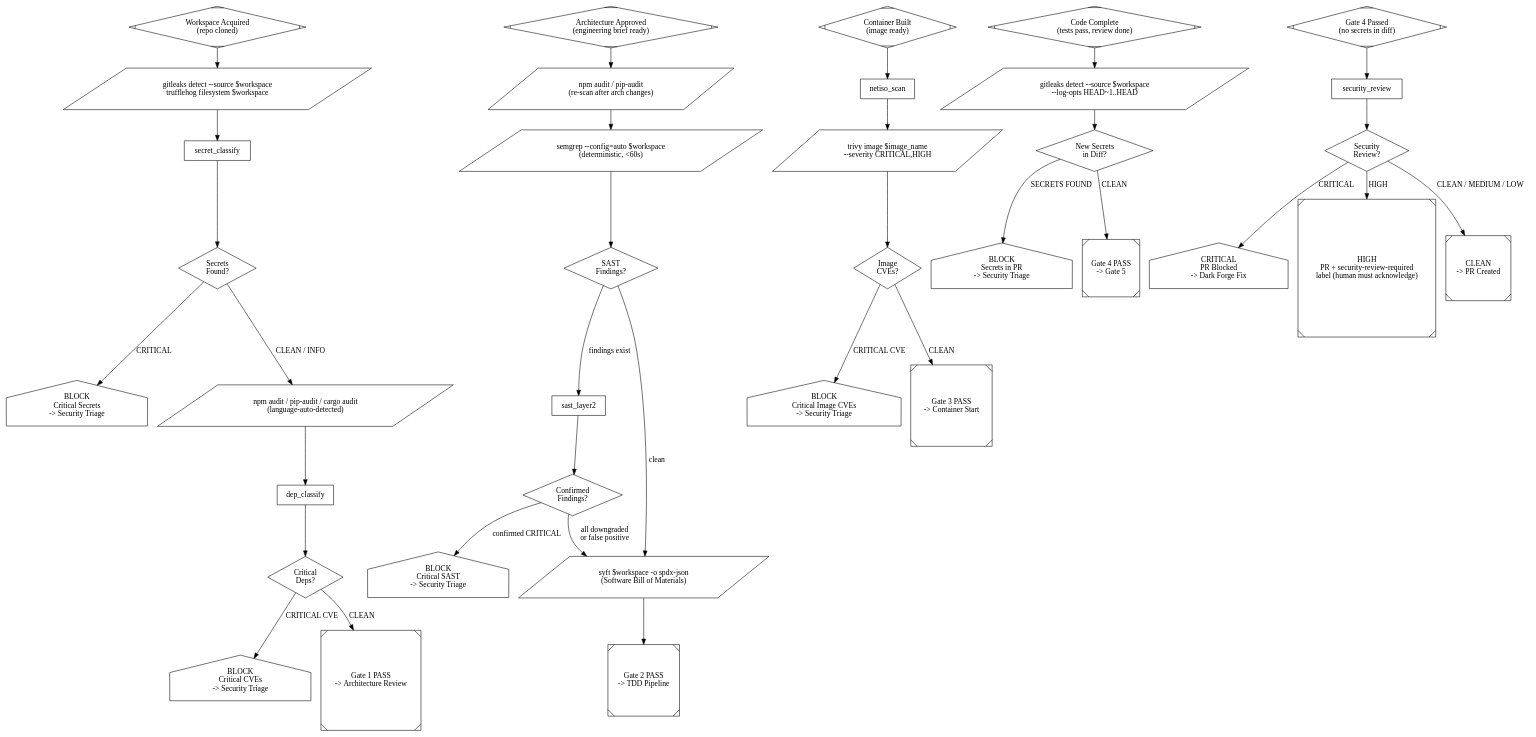
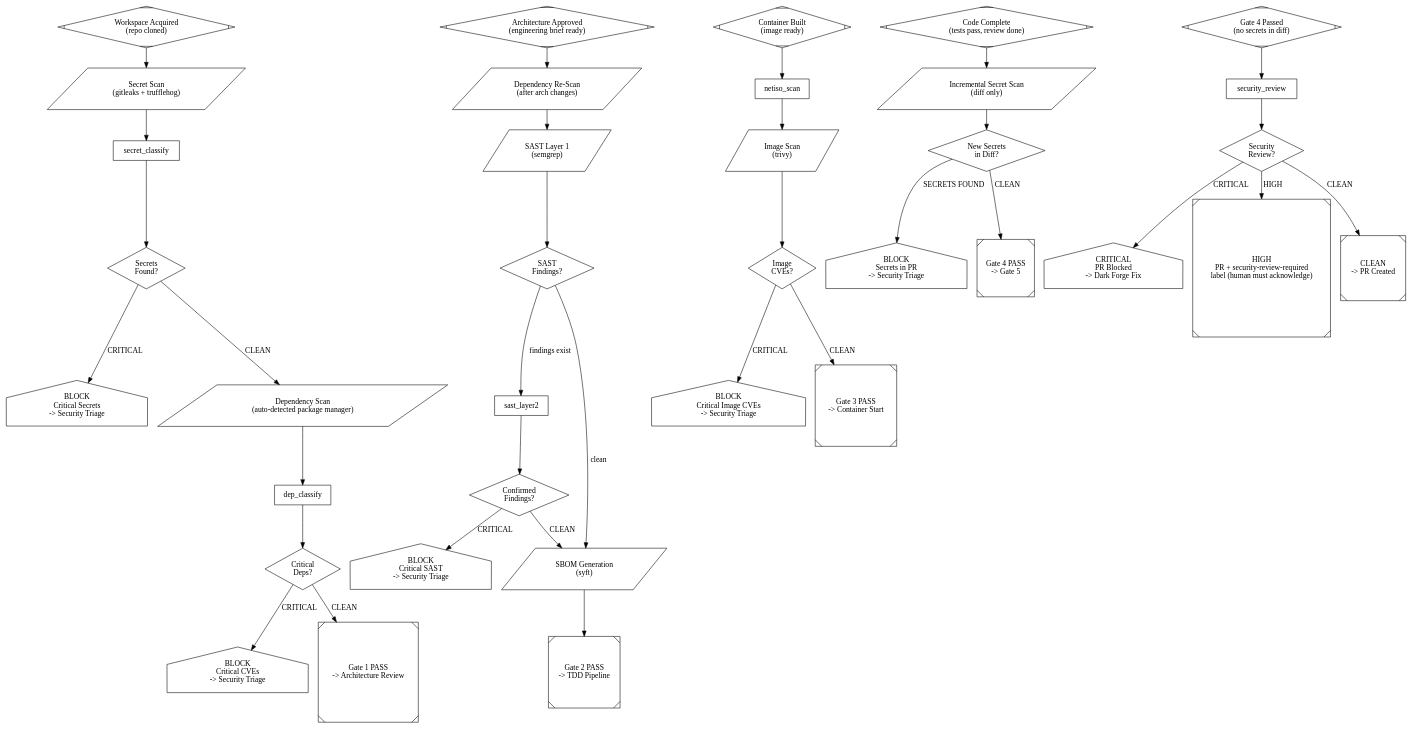
Before and after one commit to ardrodus/dark-fac: the diagram in pipelines/sentinel.dot, drawn with Graphviz. The commit also changed 2 other files, not shown here.

Commit message:
feat: apply pipeline patterns to Sentinel — $workspace, shell commands, workflow logs
Sentinel now mirrors the same patterns as Dark Forge, Crucible, and Ouroboros:

- All 5 agent nodes (secret_classify, dep_classify, sast_layer2, netiso_scan,
  security_review) have $workspace in prompts and write results to
  $workspace/.dark-factory/sentinel/
- All 7 shell nodes have actual commands with $workspace (gitleaks, pip-audit,
  semgrep, syft, trivy)
- run_sentinel_gate() creates WorkflowLog and accepts optional issue_number
- Fixed gen_test_strategy missing $workspace in dark_forge.dot

```diff
--- a/pipelines/sentinel.dot
+++ b/pipelines/sentinel.dot
@@ -56,23 +56,25 @@
     // Gate 1a: Secret Scan (gitleaks + trufflehog)
     secret_scan_full [
         shape=parallelogram,
-        label="gitleaks detect --source $workspace\ntrufflehog filesystem $workspace"
+        label="Secret Scan\n(gitleaks + trufflehog)",
+        prompt="cd $workspace && (gitleaks detect --source . --report-format json --report-path .dark-factory/sentinel/secrets-full.json 2>&1 || true) && (trufflehog filesystem . --json > .dark-factory/sentinel/trufflehog-full.json 2>&1 || true)"
     ]
     secret_classify [
         shape=box,
-        prompt="Classify secret scan findings by severity:\n$scan_results\n\n- CRITICAL: Active credentials (API keys, tokens, passwords with high entropy)\n- WARNING: Low-confidence patterns (base64 blobs, config values that look like keys)\n- INFO: Test/example secrets (in test fixtures, .env.example, mock data)\n\nFor each CRITICAL finding, recommend: rotation required, rotation recommended, or investigation needed.\nOutput structured JSON with severity, file, line, finding type, recommendation."
+        prompt="You are the Sentinel secret classifier.\n\nWorkspace: $workspace\n\nRead the secret scan results at:\n- $workspace/.dark-factory/sentinel/secrets-full.json (gitleaks)\n- $workspace/.dark-factory/sentinel/trufflehog-full.json (trufflehog)\n\nIf neither file exists or both are empty, the workspace is clean.\n\nClassify each finding by severity:\n- CRITICAL: Active credentials (API keys, tokens, passwords with high entropy)\n- WARNING: Low-confidence patterns (base64 blobs, config values that look like keys)\n- INFO: Test/example secrets (in test fixtures, .env.example, mock data)\n\nFor each CRITICAL finding, recommend: rotation required, rotation recommended, or investigation needed.\n\nWrite results to: $workspace/.dark-factory/sentinel/secret-classification.json\nOutput: CLEAN (no critical findings) | CRITICAL (critical secrets found)"
     ]
     secret_verdict [shape=diamond, label="Secrets\nFound?"]
     secret_blocked [shape=house, label="BLOCK\nCritical Secrets\n-> Security Triage"]
 
-    // Gate 1b: Dependency Vulnerability Scan (npm audit / pip-audit / cargo audit)
+    // Gate 1b: Dependency Vulnerability Scan
     dep_scan [
         shape=parallelogram,
-        label="npm audit / pip-audit / cargo audit\n(language-auto-detected)"
+        label="Dependency Scan\n(auto-detected package manager)",
+        prompt="cd $workspace && mkdir -p .dark-factory/sentinel && ([ -f requirements.txt ] && pip-audit -f json > .dark-factory/sentinel/dep-scan.json 2>&1 || [ -f package-lock.json ] && npm audit --json > .dark-factory/sentinel/dep-scan.json 2>&1 || [ -f Cargo.toml ] && cargo audit --json > .dark-factory/sentinel/dep-scan.json 2>&1 || echo '{\"info\": \"no supported package manager detected\"}' > .dark-factory/sentinel/dep-scan.json)"
     ]
     dep_classify [
         shape=box,
-        prompt="Analyze dependency vulnerability scan results:\n$dep_results\n\nClassify each vulnerability:\n- CRITICAL (CVSS >= 9.0): Known exploited, remote code execution, auth bypass\n- HIGH (CVSS 7.0-8.9): Significant but requires specific conditions\n- MEDIUM/LOW: Log only\n\nCheck for dependency confusion attacks (private package name squatting).\nOutput: severity, package, version, CVE, CVSS, recommendation (upgrade/patch/replace)."
+        prompt="You are the Sentinel dependency analyst.\n\nWorkspace: $workspace\n\nRead the dependency scan results at: $workspace/.dark-factory/sentinel/dep-scan.json\n\nClassify each vulnerability:\n- CRITICAL (CVSS >= 9.0): Known exploited, remote code execution, auth bypass\n- HIGH (CVSS 7.0-8.9): Significant but requires specific conditions\n- MEDIUM/LOW: Log only\n\nCheck for dependency confusion attacks (private package name squatting).\n\nWrite results to: $workspace/.dark-factory/sentinel/dep-classification.json\nOutput: CLEAN (no critical CVEs) | CRITICAL (critical CVEs found)"
     ]
     dep_verdict [shape=diamond, label="Critical\nDeps?"]
     dep_blocked [shape=house, label="BLOCK\nCritical CVEs\n-> Security Triage"]
@@ -88,19 +90,21 @@
     // Gate 2a: Dependency re-scan (catches new deps from arch review)
     dep_rescan [
         shape=parallelogram,
-        label="npm audit / pip-audit\n(re-scan after arch changes)"
+        label="Dependency Re-Scan\n(after arch changes)",
+        prompt="cd $workspace && mkdir -p .dark-factory/sentinel && ([ -f requirements.txt ] && pip-audit -f json > .dark-factory/sentinel/dep-rescan.json 2>&1 || [ -f package-lock.json ] && npm audit --json > .dark-factory/sentinel/dep-rescan.json 2>&1 || echo '{\"info\": \"no supported package manager detected\"}' > .dark-factory/sentinel/dep-rescan.json)"
     ]
 
     // Gate 2b: SAST -- Two-layer static analysis
     sast_layer1 [
         shape=parallelogram,
-        label="semgrep --config=auto $workspace\n(deterministic, <60s)"
+        label="SAST Layer 1\n(semgrep)",
+        prompt="cd $workspace && mkdir -p .dark-factory/sentinel && semgrep --config=auto . --json > .dark-factory/sentinel/sast-layer1.json 2>&1"
     ]
     sast_layer1_check [shape=diamond, label="SAST\nFindings?"]
 
     sast_layer2 [
         shape=box,
-        prompt="You are the Sentinel AI security agent.\n\nSAST Layer 1 (semgrep) produced these findings:\n$sast_findings\n\nPerform deeper analysis:\n1. Data flow tracing -- can the finding actually be reached?\n2. Business logic analysis -- is the pattern dangerous in this context?\n3. Adversarial verification -- construct a plausible attack path or downgrade\n4. Contextual reasoning -- is this a false positive from framework patterns?\n\nFor each finding, output: confirmed | downgraded | false_positive\nWith evidence and reasoning."
+        prompt="You are the Sentinel AI security analyst.\n\nWorkspace: $workspace\n\nRead the SAST Layer 1 (semgrep) results at: $workspace/.dark-factory/sentinel/sast-layer1.json\n\nPerform deeper analysis on each finding:\n1. Data flow tracing — can the finding actually be reached from user input?\n2. Business logic analysis — is the pattern dangerous in this codebase's context?\n3. Adversarial verification — construct a plausible attack path or downgrade\n4. Contextual reasoning — is this a false positive from framework patterns?\n\nRead the relevant source files in $workspace to verify each finding.\n\nFor each finding, classify: confirmed | downgraded | false_positive\nWith evidence and reasoning.\n\nWrite results to: $workspace/.dark-factory/sentinel/sast-layer2.json\nOutput: CLEAN (all downgraded/false positive) | CRITICAL (confirmed critical findings)"
     ]
     sast_verdict [shape=diamond, label="Confirmed\nFindings?"]
     sast_blocked [shape=house, label="BLOCK\nCritical SAST\n-> Security Triage"]
@@ -108,7 +112,8 @@
     // Gate 2c: SBOM generation
     sbom_generate [
         shape=parallelogram,
-        label="syft $workspace -o spdx-json\n(Software Bill of Materials)"
+        label="SBOM Generation\n(syft)",
+        prompt="cd $workspace && mkdir -p .dark-factory/sentinel && syft . -o spdx-json > .dark-factory/sentinel/sbom.json 2>&1"
     ]
 
     gate2_pass [shape=Msquare, label="Gate 2 PASS\n-> TDD Pipeline"]
@@ -122,13 +127,14 @@
     // Gate 3a: Network isolation validation
     netiso_scan [
         shape=box,
-        prompt="Validate network isolation and egress policy for the container:\n$container_config\n\nCheck:\n- Egress rules: only allowed destinations (package registries, API endpoints)\n- No unrestricted outbound internet access\n- DNS filtering configured\n- Inter-container network segmentation\n- Volume mount restrictions (no host filesystem leaks)\n\nOutput: PASS (policy compliant) | WARN (minor gaps) | BLOCK (unrestricted egress)"
+        prompt="You are the Sentinel network isolation validator.\n\nWorkspace: $workspace\nContainer config: $container_config\n\nRead the container configuration files in $workspace (Dockerfile, docker-compose.yml, etc.).\n\nCheck:\n- Egress rules: only allowed destinations (package registries, API endpoints)\n- No unrestricted outbound internet access\n- DNS filtering configured\n- Inter-container network segmentation\n- Volume mount restrictions (no host filesystem leaks)\n\nWrite results to: $workspace/.dark-factory/sentinel/netiso.json\nOutput: PASS (policy compliant) | WARN (minor gaps) | BLOCK (unrestricted egress)"
     ]
 
     // Gate 3b: Container image vulnerability scan (trivy)
     image_scan [
         shape=parallelogram,
-        label="trivy image $image_name\n--severity CRITICAL,HIGH"
+        label="Image Scan\n(trivy)",
+        prompt="cd $workspace && mkdir -p .dark-factory/sentinel && trivy image $image_name --severity CRITICAL,HIGH --format json --output .dark-factory/sentinel/image-scan.json 2>&1"
     ]
     image_verdict [shape=diamond, label="Image\nCVEs?"]
     image_blocked [shape=house, label="BLOCK\nCritical Image CVEs\n-> Security Triage"]
@@ -143,7 +149,8 @@
 
     secret_scan_incremental [
         shape=parallelogram,
-        label="gitleaks detect --source $workspace\n--log-opts HEAD~1..HEAD"
+        label="Incremental Secret Scan\n(diff only)",
+        prompt="cd $workspace && mkdir -p .dark-factory/sentinel && gitleaks detect --source . --log-opts HEAD~1..HEAD --report-format json --report-path .dark-factory/sentinel/secrets-incremental.json 2>&1"
     ]
     gate4_verdict [shape=diamond, label="New Secrets\nin Diff?"]
     gate4_blocked [shape=house, label="BLOCK\nSecrets in PR\n-> Security Triage"]
@@ -158,7 +165,7 @@
 
     security_review [
         shape=box,
-        prompt="You are the Sentinel security reviewer.\n\nReview the PR diff with full context:\n- Story/issue context: $story_context\n- Architecture guidance: $engineering_brief\n- SAST Layer 1 results: $sast_report\n\nCheck the diff for:\n- Input validation at system boundaries\n- Output encoding (HTML, SQL, shell)\n- Authentication/Authorization consistency\n- Error handling (no sensitive info leaks in errors)\n- Cryptography (no MD5, no ECB, no hardcoded IVs)\n- New dependency additions\n- SSRF / Path traversal vulnerabilities\n- Hardcoded credentials\n\nAdversarial verification: findings without a plausible attack path are downgraded.\n\nOutput verdict:\n- CRITICAL: PR not created, issue flagged, Dark Forge attempts fix\n- HIGH: PR created with security-review-required label, human must acknowledge\n- CLEAN: PR created normally, findings (if any) in description"
+        prompt="You are the Sentinel security reviewer.\n\nWorkspace: $workspace\n\nReview the PR diff. Read the changed files in $workspace using git diff.\n\nContext:\n- Issue: $issue\n- Engineering brief: read $workspace/.dark-factory/specs/$issue_number/engineering-brief.md if it exists\n- SAST results: read $workspace/.dark-factory/sentinel/sast-layer2.json if it exists\n\nCheck the diff for:\n- Input validation at system boundaries\n- Output encoding (HTML, SQL, shell)\n- Authentication/Authorization consistency\n- Error handling (no sensitive info leaks in errors)\n- Cryptography (no MD5, no ECB, no hardcoded IVs)\n- New dependency additions\n- SSRF / Path traversal vulnerabilities\n- Hardcoded credentials\n\nAdversarial verification: findings without a plausible attack path are downgraded.\n\nWrite results to: $workspace/.dark-factory/sentinel/security-review.json\n\nOutput verdict:\n- CRITICAL: PR not created, issue flagged, Dark Forge attempts fix\n- HIGH: PR created with security-review-required label, human must acknowledge\n- CLEAN: PR created normally, findings (if any) in description"
     ]
     gate5_verdict [shape=diamond, label="Security\nReview?"]
     gate5_critical [shape=house, label="CRITICAL\nPR Blocked\n-> Dark Forge Fix"]
@@ -171,25 +178,25 @@
 
     // Gate 1: Post-clone
     gate1_start -> secret_scan_full -> secret_classify -> secret_verdict
-    secret_verdict -> dep_scan [label="CLEAN / INFO"]
+    secret_verdict -> dep_scan [label="CLEAN"]
     secret_verdict -> secret_blocked [label="CRITICAL"]
     dep_scan -> dep_classify -> dep_verdict
     dep_verdict -> gate1_pass [label="CLEAN"]
-    dep_verdict -> dep_blocked [label="CRITICAL CVE"]
+    dep_verdict -> dep_blocked [label="CRITICAL"]
 
     // Gate 2: Post-architecture
     gate2_start -> dep_rescan -> sast_layer1 -> sast_layer1_check
     sast_layer1_check -> sast_layer2 [label="findings exist"]
     sast_layer1_check -> sbom_generate [label="clean"]
     sast_layer2 -> sast_verdict
-    sast_verdict -> sbom_generate [label="all downgraded\nor false positive"]
-    sast_verdict -> sast_blocked [label="confirmed CRITICAL"]
+    sast_verdict -> sbom_generate [label="CLEAN"]
+    sast_verdict -> sast_blocked [label="CRITICAL"]
     sbom_generate -> gate2_pass
 
     // Gate 3: Pre-container
     gate3_start -> netiso_scan -> image_scan -> image_verdict
     image_verdict -> gate3_pass [label="CLEAN"]
-    image_verdict -> image_blocked [label="CRITICAL CVE"]
+    image_verdict -> image_blocked [label="CRITICAL"]
 
     // Gate 4: Pre-PR (incremental)
     gate4_start -> secret_scan_incremental -> gate4_verdict
@@ -198,7 +205,7 @@
 
     // Gate 5: AI security review
     gate5_start -> security_review -> gate5_verdict
-    gate5_verdict -> gate5_clean [label="CLEAN / MEDIUM / LOW"]
+    gate5_verdict -> gate5_clean [label="CLEAN"]
     gate5_verdict -> gate5_high [label="HIGH"]
     gate5_verdict -> gate5_critical [label="CRITICAL"]
 }
```
